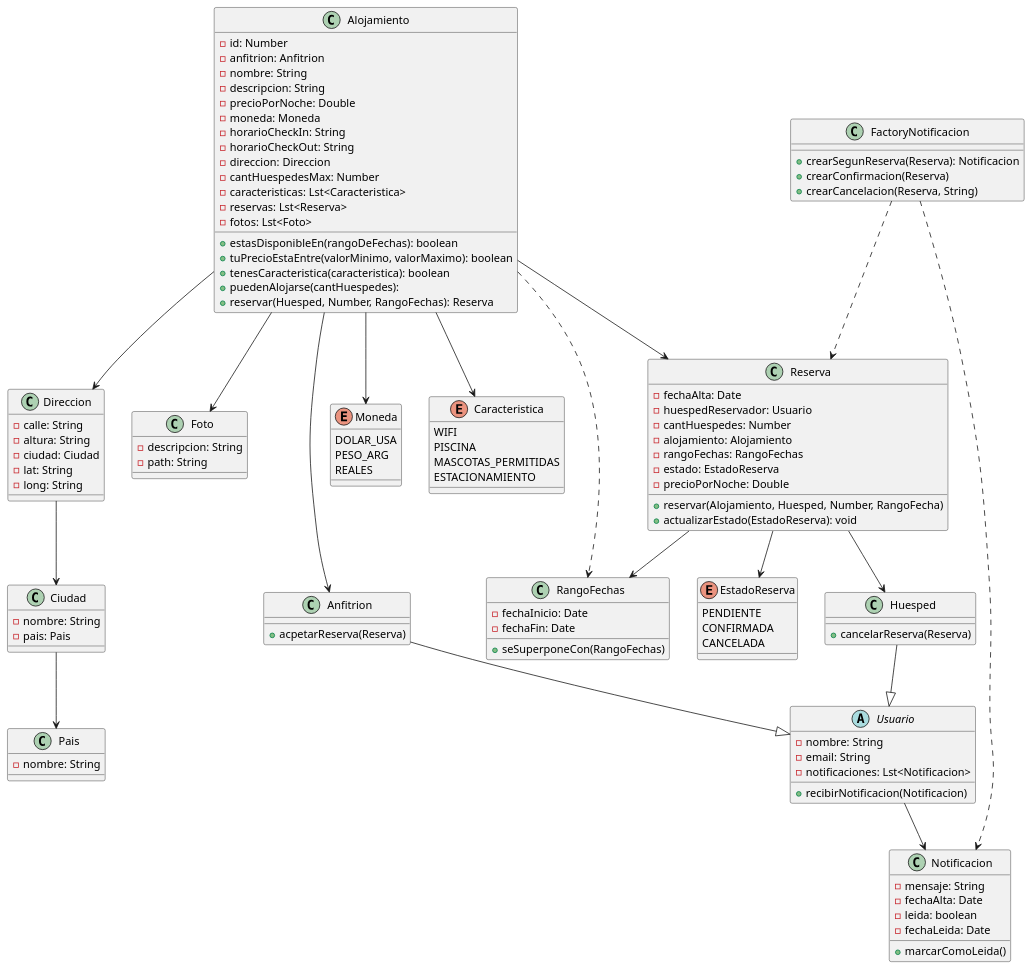
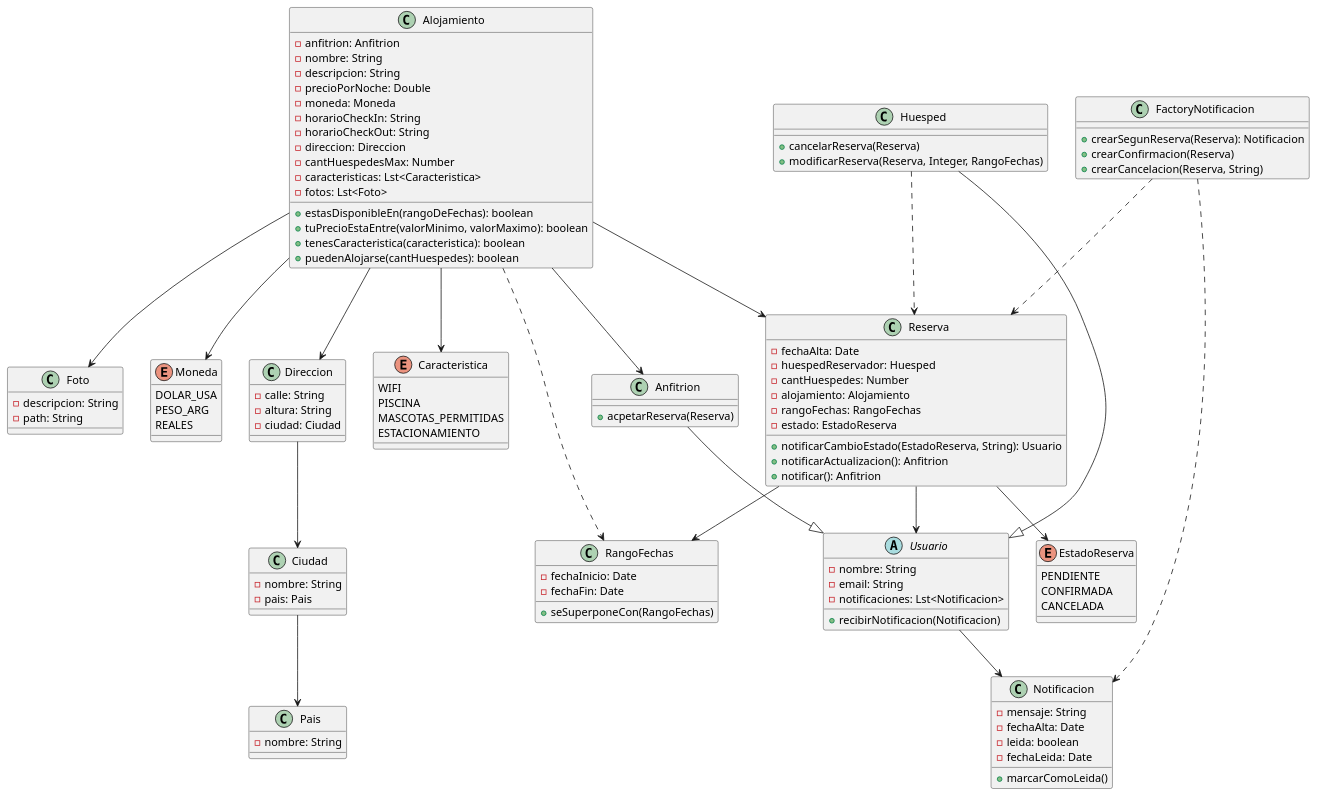
Before and after one commit to LautaroPingitore/Tp-Desarrollo-Pagina-Web: the diagram in recursos/clases.puml, drawn with PlantUML.

Commit message:
actualizacion de diagrama de clases

```diff
--- a/recursos/clases.puml
+++ b/recursos/clases.puml
@@ -1,140 +1,137 @@
 @startuml Birbnb
 
 class Alojamiento {
-  - id: Number
   - anfitrion: Anfitrion
   - nombre: String
   - descripcion: String
   - precioPorNoche: Double
   - moneda: Moneda
   - horarioCheckIn: String
   - horarioCheckOut: String
   - direccion: Direccion
   - cantHuespedesMax: Number
   - caracteristicas: Lst<Caracteristica>
-  - reservas: Lst<Reserva>
   - fotos: Lst<Foto>
 
   + estasDisponibleEn(rangoDeFechas): boolean
   + tuPrecioEstaEntre(valorMinimo, valorMaximo): boolean
   + tenesCaracteristica(caracteristica): boolean
-  + puedenAlojarse(cantHuespedes): 
-  + reservar(Huesped, Number, RangoFechas): Reserva
+  + puedenAlojarse(cantHuespedes): boolean
 }
 
 enum Moneda {
     DOLAR_USA
     PESO_ARG
     REALES
 }
 
 enum Caracteristica {
     WIFI
     PISCINA
     MASCOTAS_PERMITIDAS
     ESTACIONAMIENTO
 }
 
 enum EstadoReserva {
     PENDIENTE
     CONFIRMADA
     CANCELADA
 }
 
 class Direccion {
   - calle: String
   - altura: String
   - ciudad: Ciudad
-  - lat: String
-  - long: String
 }
 
 class Ciudad {
   - nombre: String
   - pais: Pais
 }
 
 class Pais {
   - nombre: String
 }
 
 class Foto {
   - descripcion: String
   - path: String
 }
 
 class Reserva {
   - fechaAlta: Date
-  - huespedReservador: Usuario
+  - huespedReservador: Huesped
   - cantHuespedes: Number
   - alojamiento: Alojamiento
   - rangoFechas: RangoFechas
   - estado: EstadoReserva
-  - precioPorNoche: Double
 
-  + reservar(Alojamiento, Huesped, Number, RangoFecha)
-  + actualizarEstado(EstadoReserva): void
+  + notificarCambioEstado(EstadoReserva, String): Usuario
+  + notificarActualizacion(): Anfitrion
+  + notificar(): Anfitrion 
 }
 
 class RangoFechas {
   - fechaInicio: Date
   - fechaFin: Date
 
   + seSuperponeCon(RangoFechas)
 }
 
 class FactoryNotificacion {
   + crearSegunReserva(Reserva): Notificacion
   + crearConfirmacion(Reserva)
   + crearCancelacion(Reserva, String)
 }
 
 class Notificacion {
   - mensaje: String
   - fechaAlta: Date
   - leida: boolean
   - fechaLeida: Date
 
   + marcarComoLeida()
 }
 
 abstract class Usuario {
   - nombre: String
   - email: String
   - notificaciones: Lst<Notificacion>
   
   + recibirNotificacion(Notificacion)
 }
 
 class Anfitrion {
     + acpetarReserva(Reserva)
 }
 
 class Huesped {
     + cancelarReserva(Reserva)
+    + modificarReserva(Reserva, Integer, RangoFechas)
 }
 
 ' Relaciones '
 Usuario --> Notificacion
 Anfitrion --|> Usuario
 Huesped --|> Usuario
+Huesped ..> Reserva
 
 Alojamiento --> Direccion
 Alojamiento --> Foto
 Alojamiento --> Reserva
 Alojamiento --> Anfitrion
 Alojamiento ..> RangoFechas
 Alojamiento --> Moneda
 Alojamiento --> Caracteristica
 
 Direccion --> Ciudad
 Ciudad --> Pais
 
-Reserva --> Huesped
 Reserva --> RangoFechas
 Reserva --> EstadoReserva
+Reserva --> Usuario
 
 FactoryNotificacion ..> Notificacion
 FactoryNotificacion ..> Reserva
 
 @enduml
```
